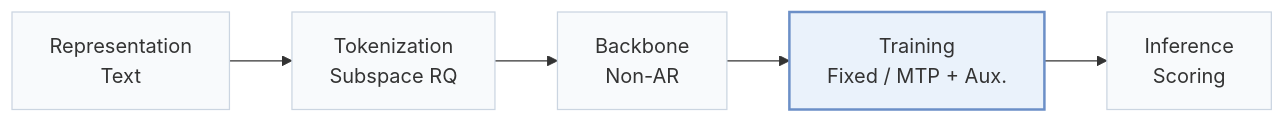
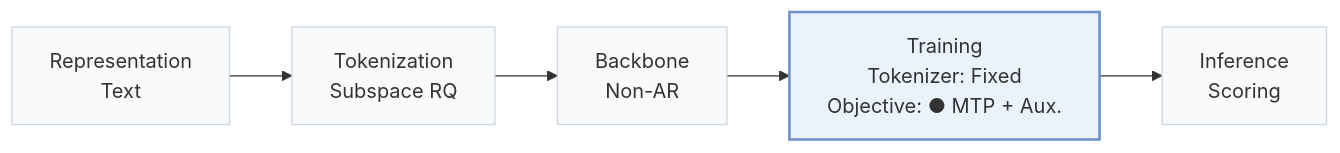
One commit to Galaxy-ghost/Awesome-SID-Generative-Rec changed the first of 2 diagrams in pages/papers/idm-cmm.md. Above: the diagram before and after it, drawn with Mermaid. The commit also changed other lines of this file and 558 other files, not shown here.

````diff
--- a/pages/papers/idm-cmm.md
+++ b/pages/papers/idm-cmm.md
@@ -15,8 +18,8 @@
 ```mermaid
 flowchart LR
-    R["Representation<br/>Text"] --> T["Tokenization<br/>Subspace RQ"] --> B["Backbone<br/>Non-AR"] --> TR["Training<br/>Fixed / MTP + Aux."] --> I["Inference<br/>Scoring"]
+    R["Representation<br/>Text"] --> T["Tokenization<br/>Subspace RQ"] --> B["Backbone<br/>Non-AR"] --> TR["Training<br/>Tokenizer: Fixed<br/>Objective: ● MTP + Aux."] --> I["Inference<br/>Scoring"]
     classDef base fill:#f8fafc,stroke:#cbd5e1
     class R,T,B,TR,I base
     classDef main fill:#eaf2fb,stroke:#6b8fc7,stroke-width:2px
     class TR main
 ```
````
